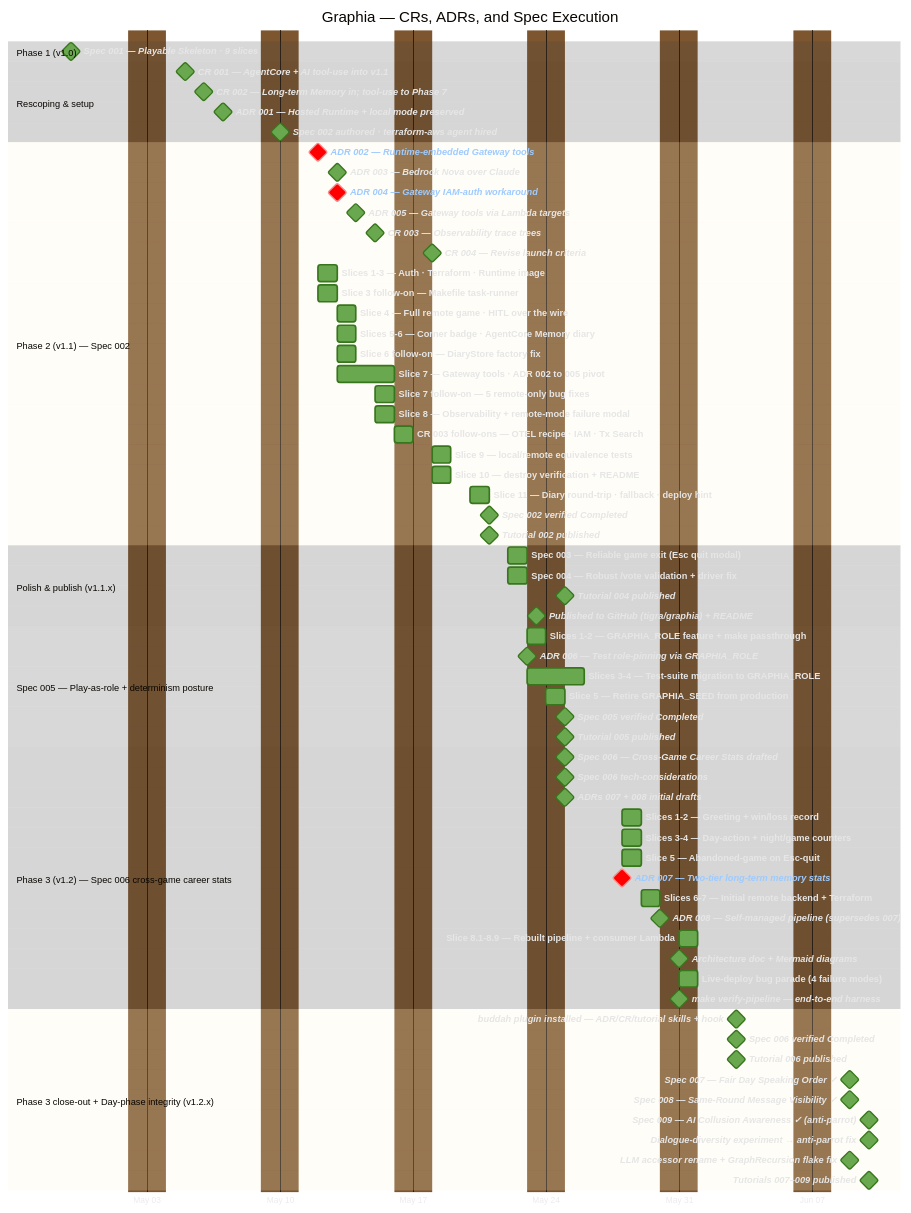
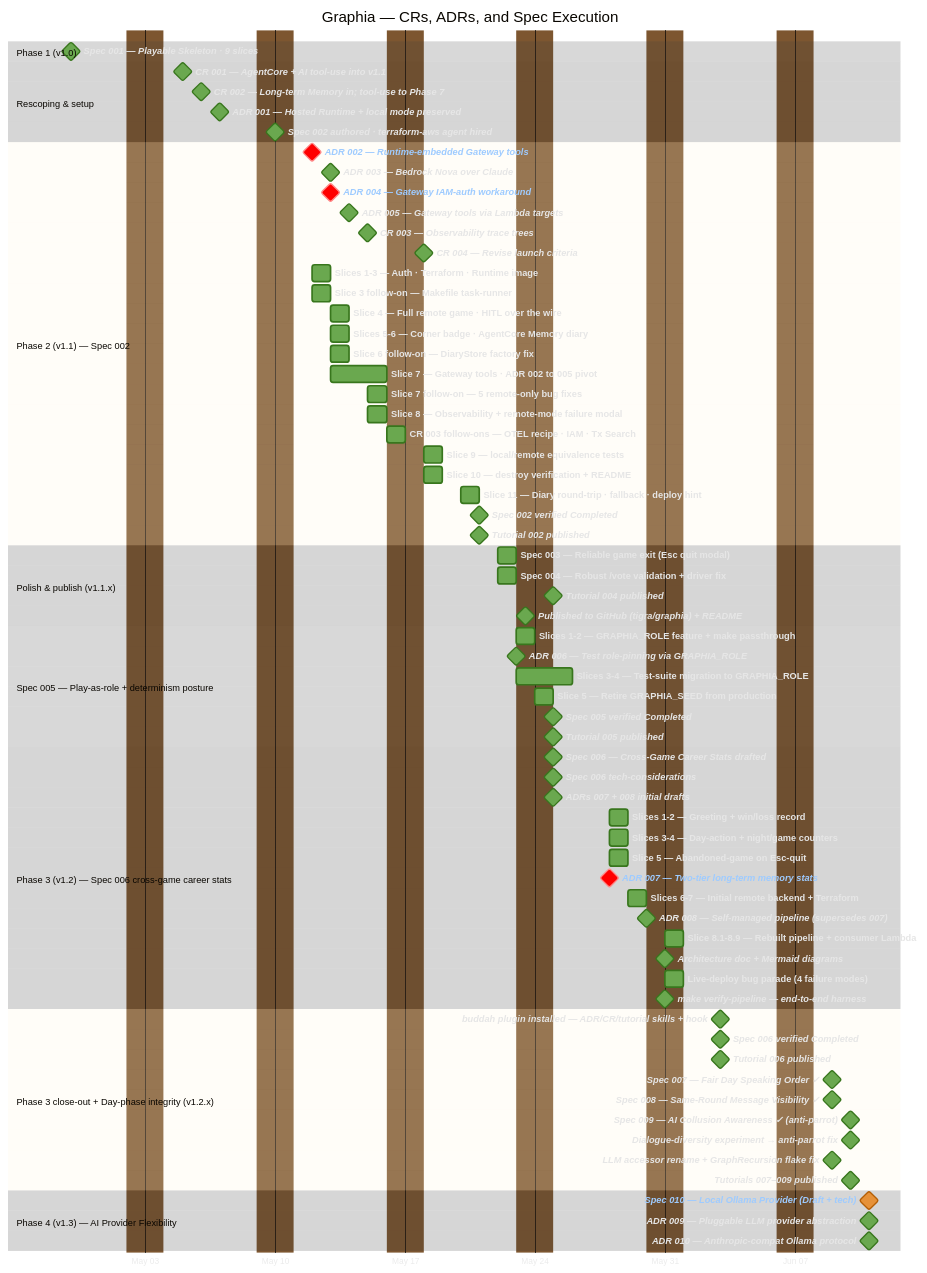
One commit to tigra/graphia changed the diagram in context/project-timeline.md. Above: the diagram before and after it, drawn with Mermaid. The commit also changed other lines of this file and 5 other files, not shown here.

First line of the commit message:
Phase 4 kickoff: Local Ollama Provider spec + provider-abstraction ADRs

````diff
--- a/context/project-timeline.md
+++ b/context/project-timeline.md
@@ -94,6 +94,11 @@
     LLM accessor rename + GraphRecursion flake fix       :milestone, done, fixday, 2026-06-09, 0d
     Tutorials 007–009 published                          :milestone, done, tut789, 2026-06-10, 0d
 
+    section Phase 4 (v1.3) — AI Provider Flexibility
+    Spec 010 — Local Ollama Provider (Draft + tech)      :milestone, active, sp10, 2026-06-11, 0d
+    ADR 009 — Pluggable LLM provider abstraction         :milestone, done, a9, 2026-06-11, 0d
+    ADR 010 — Anthropic-compat Ollama protocol           :milestone, done, a10, 2026-06-11, 0d
+
     click sp1 href "https://github.com/tigra/graphia/tree/main/context/spec/001-playable-skeleton"
     click m1 href "https://github.com/tigra/graphia/blob/main/context/change-requests/001-agentcore-and-tools-in-scope.md"
     click m2 href "https://github.com/tigra/graphia/blob/main/context/change-requests/002-long-term-memory-for-cross-game-stats.md"
@@ -151,4 +156,7 @@
     click divexp href "https://github.com/tigra/graphia/blob/main/context/spec/009-ai-collusion-awareness/repetition-experiment-design.md"
     click fixday href "https://github.com/tigra/graphia/commits/main"
     click tut789 href "https://github.com/tigra/graphia/blob/main/context/tutorials/009-ai-collusion-awareness/tutorial.md"
+    click sp10 href "https://github.com/tigra/graphia/tree/main/context/spec/010-local-ollama-provider"
+    click a9 href "https://github.com/tigra/graphia/blob/main/context/adr/009-pluggable-llm-provider-abstraction.md"
+    click a10 href "https://github.com/tigra/graphia/blob/main/context/adr/010-anthropic-compatible-ollama-protocol.md"
 ```
````
